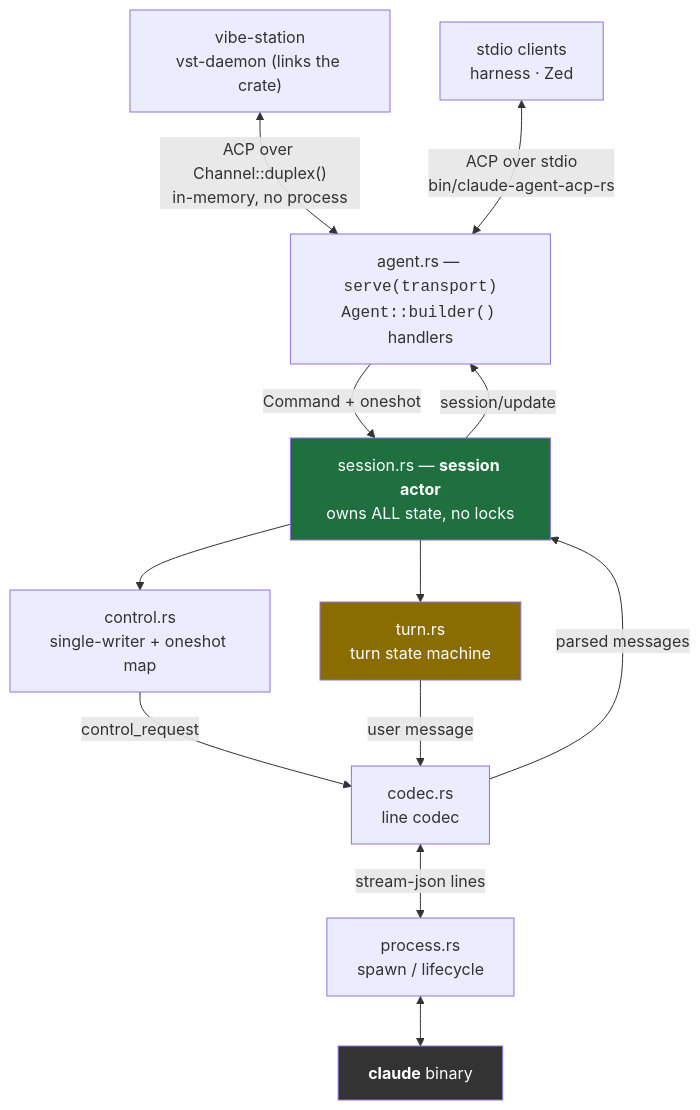
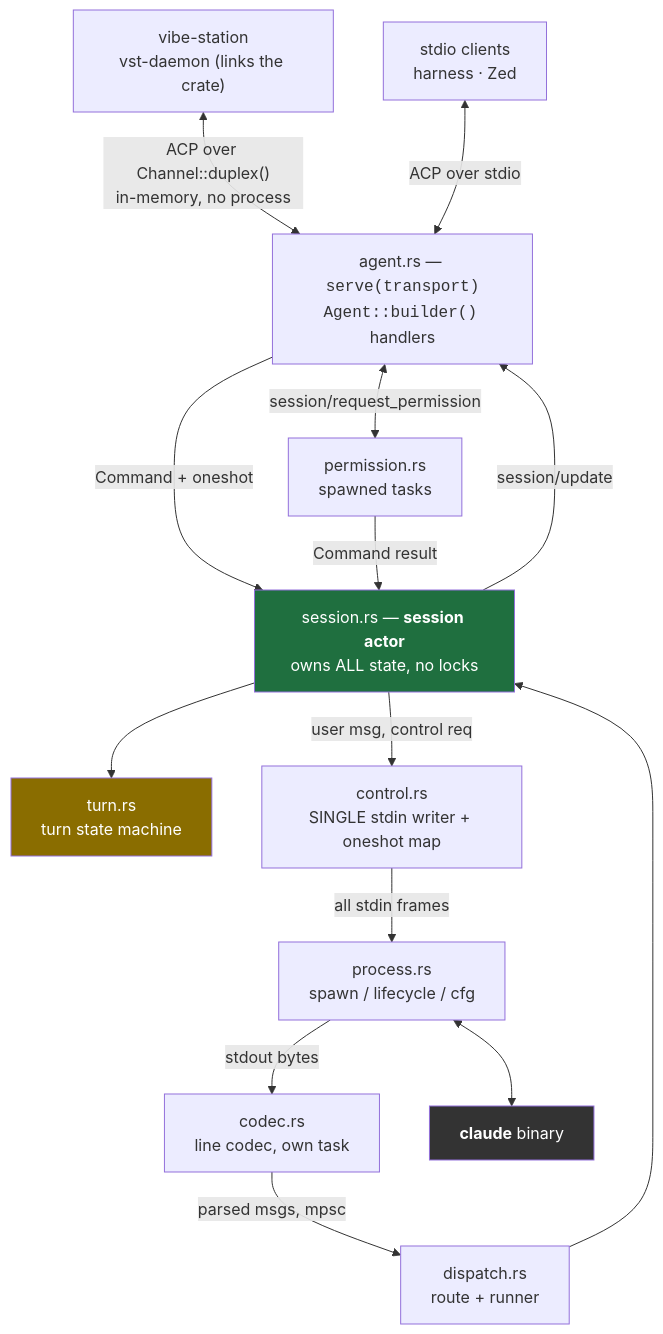
One commit to fastestdevalive/claude-agent-acp changed the first of 5 diagrams in .vibekit/feature-plans/pending/claude-acp-rust/plan-claude-acp-rust.md. Above: the diagram before and after it, drawn with Mermaid. The commit also changed other lines of this file and 4 other files, not shown here.

First line of the commit message:
Rework claude-acp-rust plan after two Opus review rounds

````diff
--- a/.vibekit/feature-plans/pending/claude-acp-rust/plan-claude-acp-rust.md
+++ b/.vibekit/feature-plans/pending/claude-acp-rust/plan-claude-acp-rust.md
@@ -240,28 +308,32 @@
 ```mermaid
 flowchart TD
     VS["vibe-station<br/>vst-daemon (links the crate)"]
     CL["stdio clients<br/>harness · Zed"]
     AG["agent.rs — <code>serve(transport)</code><br/><code>Agent::builder()</code> handlers"]
     SA["session.rs — <b>session actor</b><br/>owns ALL state, no locks"]
+    DP["dispatch.rs<br/>route + runner"]
     TU["turn.rs<br/>turn state machine"]
-    CT["control.rs<br/>single-writer + oneshot map"]
-    CD["codec.rs<br/>line codec"]
-    PR["process.rs<br/>spawn / lifecycle"]
+    PM["permission.rs<br/>spawned tasks"]
+    CT["control.rs<br/>SINGLE stdin writer + oneshot map"]
+    CD["codec.rs<br/>line codec, own task"]
+    PR["process.rs<br/>spawn / lifecycle / cfg"]
     CLI["<b>claude</b> binary"]
 
     VS <-->|"ACP over Channel::duplex()<br/>in-memory, no process"| AG
-    CL <-->|"ACP over stdio<br/>bin/claude-agent-acp-rs"| AG
+    CL <-->|"ACP over stdio"| AG
     AG -->|Command + oneshot| SA
     SA --> TU
-    SA --> CT
-    CT -->|control_request| CD
-    TU -->|user message| CD
-    CD <-->|stream-json lines| PR
+    SA -->|"user msg, control req"| CT
+    PM -->|"Command result"| SA
+    CT -->|all stdin frames| PR
+    PR -->|stdout bytes| CD
+    CD -->|parsed msgs, mpsc| DP
+    DP --> SA
     PR <--> CLI
-    CD -->|parsed messages| SA
     SA -->|session/update| AG
+    AG <-->|"session/request_permission"| PM
 
     style SA fill:#1f6f3f,color:#fff
     style TU fill:#8a6d00,color:#fff
     style CLI fill:#333,color:#fff
 ```
````
